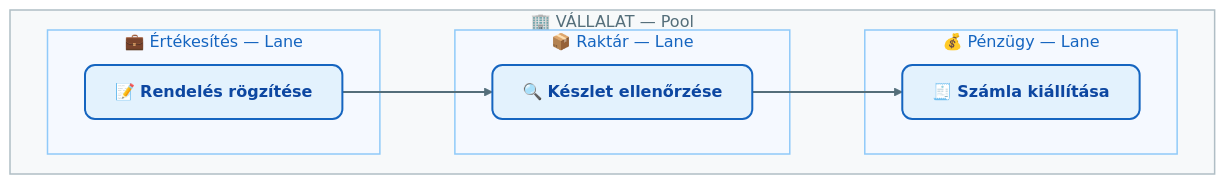
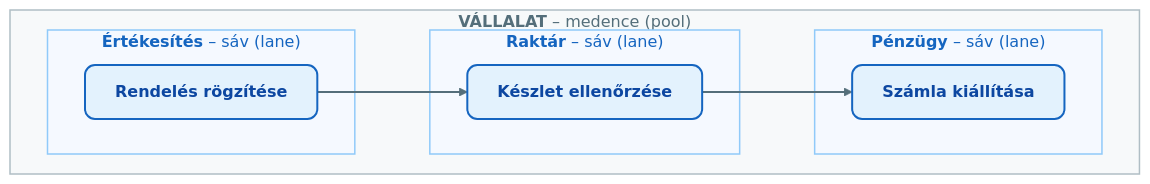
The second of 3 diagrams in Tételek/V02-GMXSF2MBLF-Üzleti folyamatok modellezése BPMN 2.0.tétel.md (denespocsik/MM_BSC_Zarovizsga), drawn with Mermaid (neutral theme) before and after one commit. The commit also changed other lines of this file, not shown here.

````diff
--- a/Tételek/V02-GMXSF2MBLF-Üzleti folyamatok modellezése BPMN 2.0.tétel.md
+++ b/Tételek/V02-GMXSF2MBLF-Üzleti folyamatok modellezése BPMN 2.0.tétel.md
@@ -68,24 +100,24 @@
 ```mermaid
 flowchart TD
-    subgraph VALLALAT["🏢 VÁLLALAT — Pool"]
-        subgraph Ert["💼 Értékesítés — Lane"]
-            A["📝 <b>Rendelés rögzítése</b>"]:::kek
+    subgraph VALLALAT["<b>VÁLLALAT</b> – medence (pool)"]
+        subgraph Ert["<b>Értékesítés</b> – sáv (lane)"]
+            A["<b>Rendelés rögzítése</b>"]:::kek
         end
-        subgraph Rakt["📦 Raktár — Lane"]
-            B["🔍 <b>Készlet ellenőrzése</b>"]:::kek
+        subgraph Rakt["<b>Raktár</b> – sáv (lane)"]
+            B["<b>Készlet ellenőrzése</b>"]:::kek
         end
-        subgraph Pen["💰 Pénzügy — Lane"]
-            C["🧾 <b>Számla kiállítása</b>"]:::kek
+        subgraph Pen["<b>Pénzügy</b> – sáv (lane)"]
+            C["<b>Számla kiállítása</b>"]:::kek
         end
     end
     A --> B --> C
 
     classDef kek fill:#e3f2fd,stroke:#1565c0,stroke-width:2px,color:#0d47a1,rx:10,ry:10;
 
     style VALLALAT fill:#f7f9fa,stroke:#b0bec5,stroke-width:1.5px,color:#546e7a;
     style Ert  fill:#f5f9ff,stroke:#90caf9,stroke-width:1.5px,color:#1565c0;
     style Rakt fill:#f5f9ff,stroke:#90caf9,stroke-width:1.5px,color:#1565c0;
     style Pen  fill:#f5f9ff,stroke:#90caf9,stroke-width:1.5px,color:#1565c0;
 
     linkStyle default stroke:#546e7a,stroke-width:2px;
 ```
````
